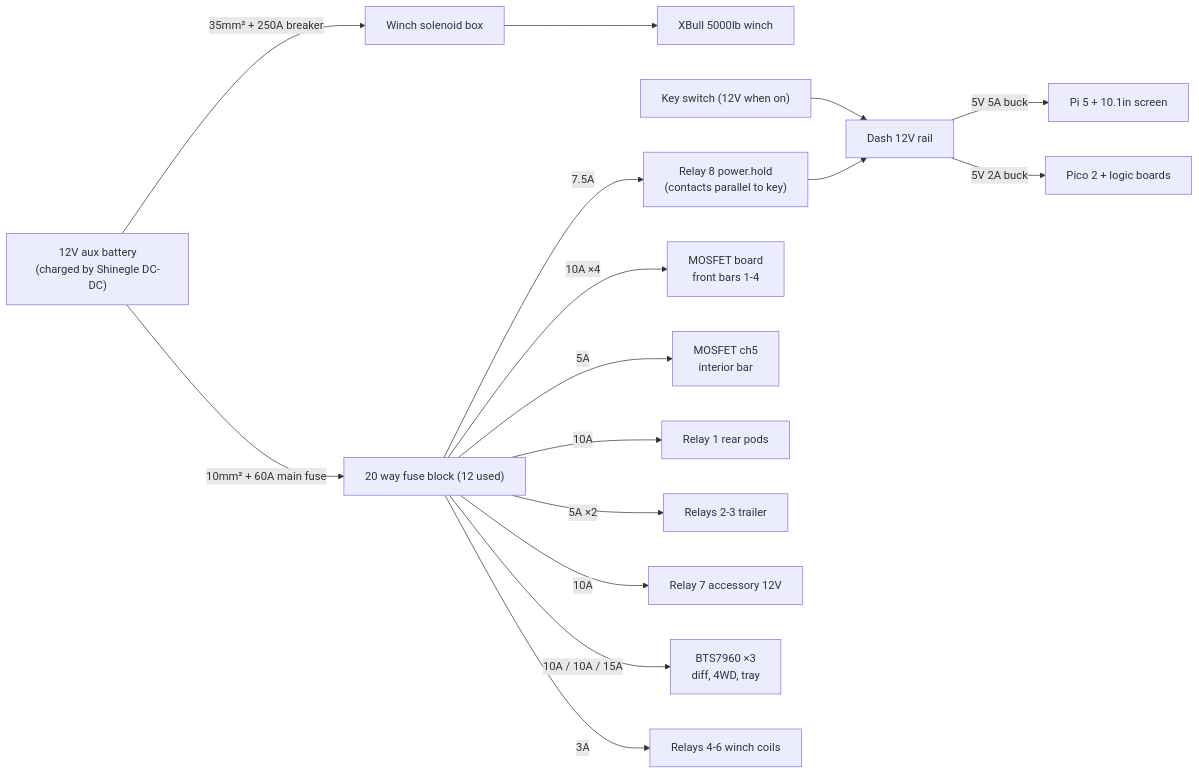
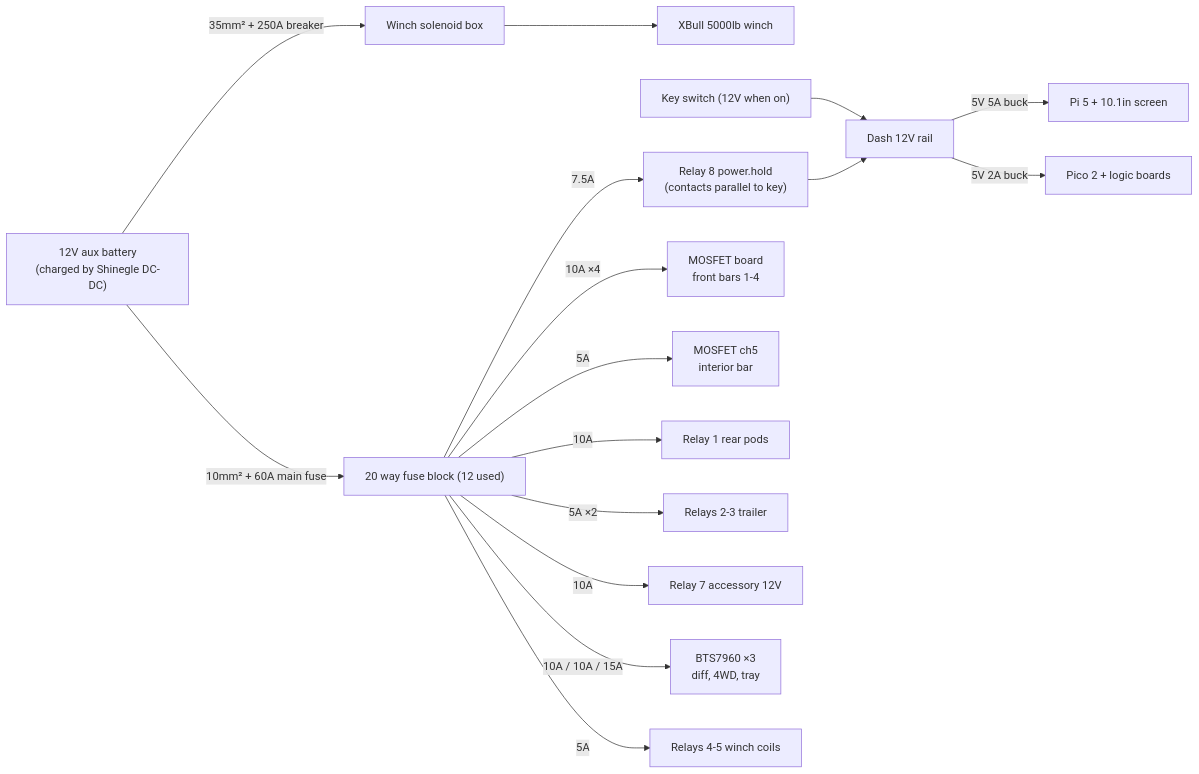
One commit to electrumnz/TERYXDACTL changed the first of 2 diagrams in docs/wiring.md. Above: the diagram before and after it, drawn with Mermaid. The commit also changed other lines of this file and 36 other files, not shown here.

````diff
--- a/docs/wiring.md
+++ b/docs/wiring.md
@@ -36,17 +36,17 @@
 ```mermaid
 flowchart LR
   BATT["12V aux battery<br/>(charged by Shinegle DC-DC)"]
   BATT -- "35mm² + 250A breaker" --> WSOL["Winch solenoid box"] --> WINCH["XBull 5000lb winch"]
   BATT -- "10mm² + 60A main fuse" --> FB["20 way fuse block (12 used)"]
   KEY["Key switch (12V when on)"] --> RAIL
   FB -- "7.5A" --> HOLD["Relay 8 power.hold<br/>(contacts parallel to key)"] --> RAIL["Dash 12V rail"]
   RAIL -- "5V 5A buck" --> PI["Pi 5 + 10.1in screen"]
   RAIL -- "5V 2A buck" --> PICO["Pico 2 + logic boards"]
   FB -- "10A ×4" --> MOS["MOSFET board<br/>front bars 1-4"]
   FB -- "5A" --> MOSI["MOSFET ch5<br/>interior bar"]
   FB -- "10A" --> R1["Relay 1 rear pods"]
   FB -- "5A ×2" --> R23["Relays 2-3 trailer"]
   FB -- "10A" --> R7["Relay 7 accessory 12V"]
   FB -- "10A / 10A / 15A" --> BTS["BTS7960 ×3<br/>diff, 4WD, tray"]
-  FB -- "3A" --> R456["Relays 4-6 winch coils"]
+  FB -- "5A" --> R456["Relays 4-5 winch coils"]
 ```
````
